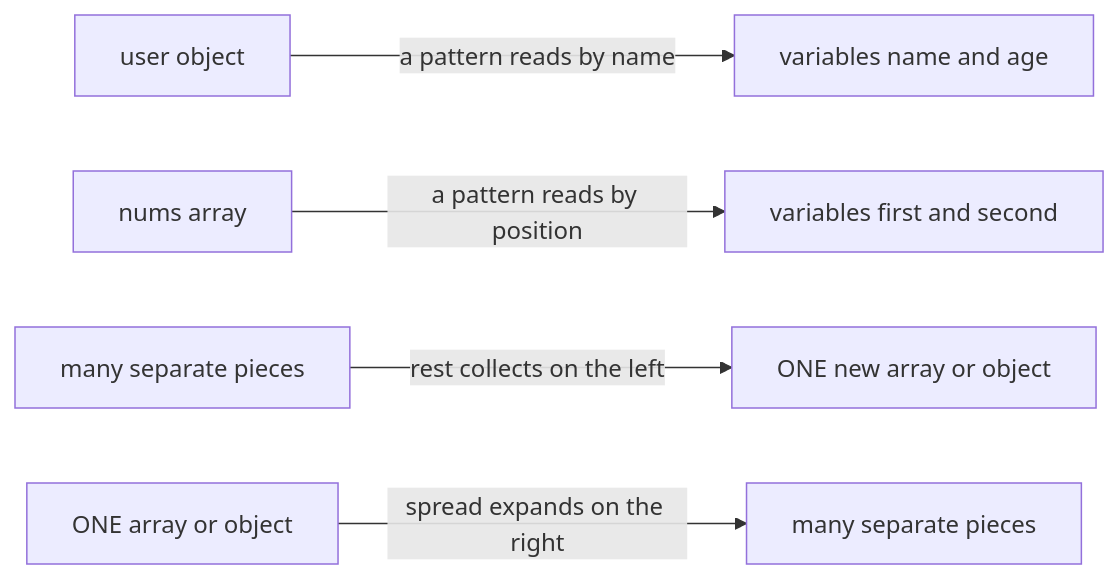
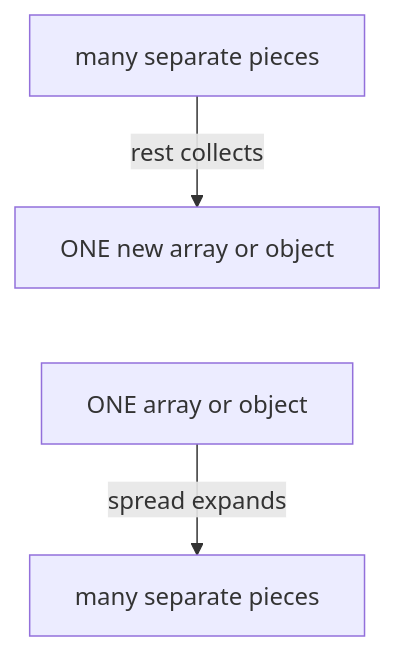
Before and after one commit to starjustice/research-material: the first of 2 diagrams in learn/javascript/10-destructuring-spread-and-rest.md, drawn with Mermaid. The commit also changed other lines of this file, not shown here.

Commit message:
Reshape JavaScript lesson 10 (Destructuring, spread and rest) into short cards with guess bars and blue More detail bars

````diff
--- a/learn/javascript/10-destructuring-spread-and-rest.md
+++ b/learn/javascript/10-destructuring-spread-and-rest.md
@@ -31,7 +15,6 @@
 ```mermaid
-graph LR
-    U["user object"] -->|a pattern reads by name| V["variables name and age"]
-    N["nums array"] -->|a pattern reads by position| W["variables first and second"]
-    A["many separate pieces"] -->|rest collects on the left| B["ONE new array or object"]
-    C["ONE array or object"] -->|spread expands on the right| D["many separate pieces"]
+graph TB
+    A["many separate pieces"] -->|rest collects| B["ONE new array or object"]
+    B ~~~ C["ONE array or object"]
+    C -->|spread expands| D["many separate pieces"]
 ```
````
